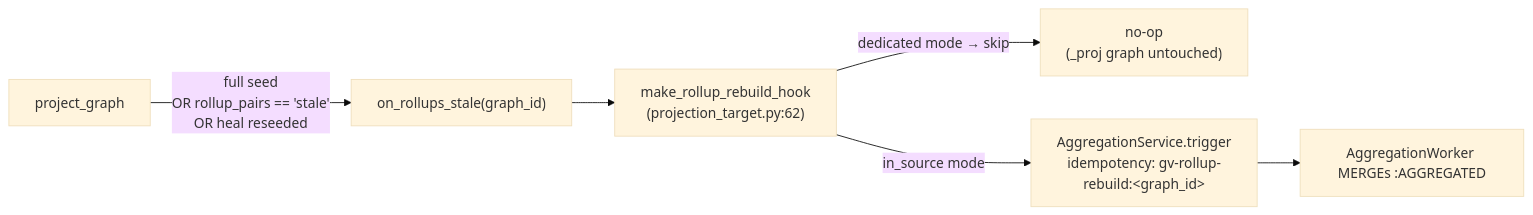
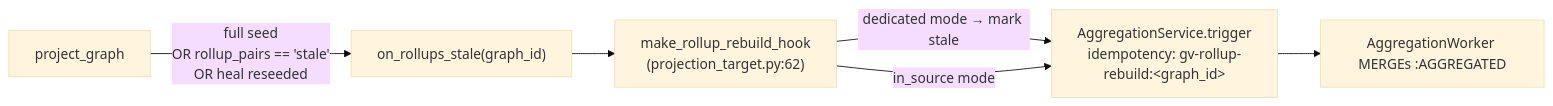
Before and after one commit to rkrumins/dataviz: the third of 4 diagrams in docs/versioning/04-projection-and-cache.md, drawn with Mermaid (base theme). The commit also changed other lines of this file and 9 other files, not shown here.

````diff
--- a/docs/versioning/04-projection-and-cache.md
+++ b/docs/versioning/04-projection-and-cache.md
@@ -312,8 +312,8 @@
 ```mermaid
 flowchart LR
     P["project_graph"] -->|"full seed<br/>OR rollup_pairs == 'stale'<br/>OR heal reseeded"| H["on_rollups_stale(graph_id)"]
     H --> MK["make_rollup_rebuild_hook<br/>(projection_target.py:62)"]
-    MK -->|"dedicated mode → skip"| SKIP["no-op<br/>(_proj graph untouched)"]
+    MK -->|"dedicated mode → mark stale"| TRIG
     MK -->|"in_source mode"| TRIG["AggregationService.trigger<br/>idempotency: gv-rollup-rebuild:&lt;graph_id&gt;"]
     TRIG --> AW["AggregationWorker MERGEs :AGGREGATED"]
 ```
````
